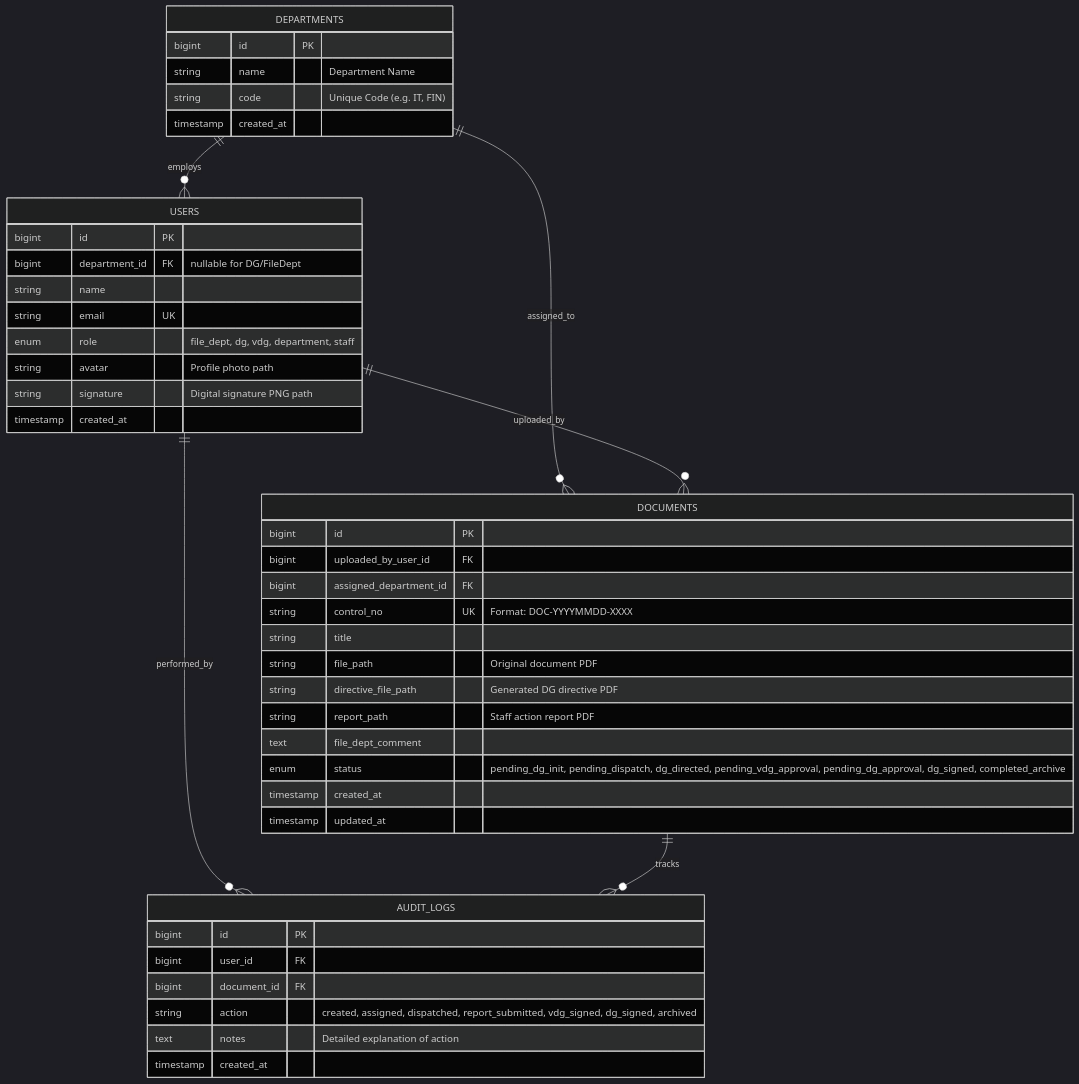
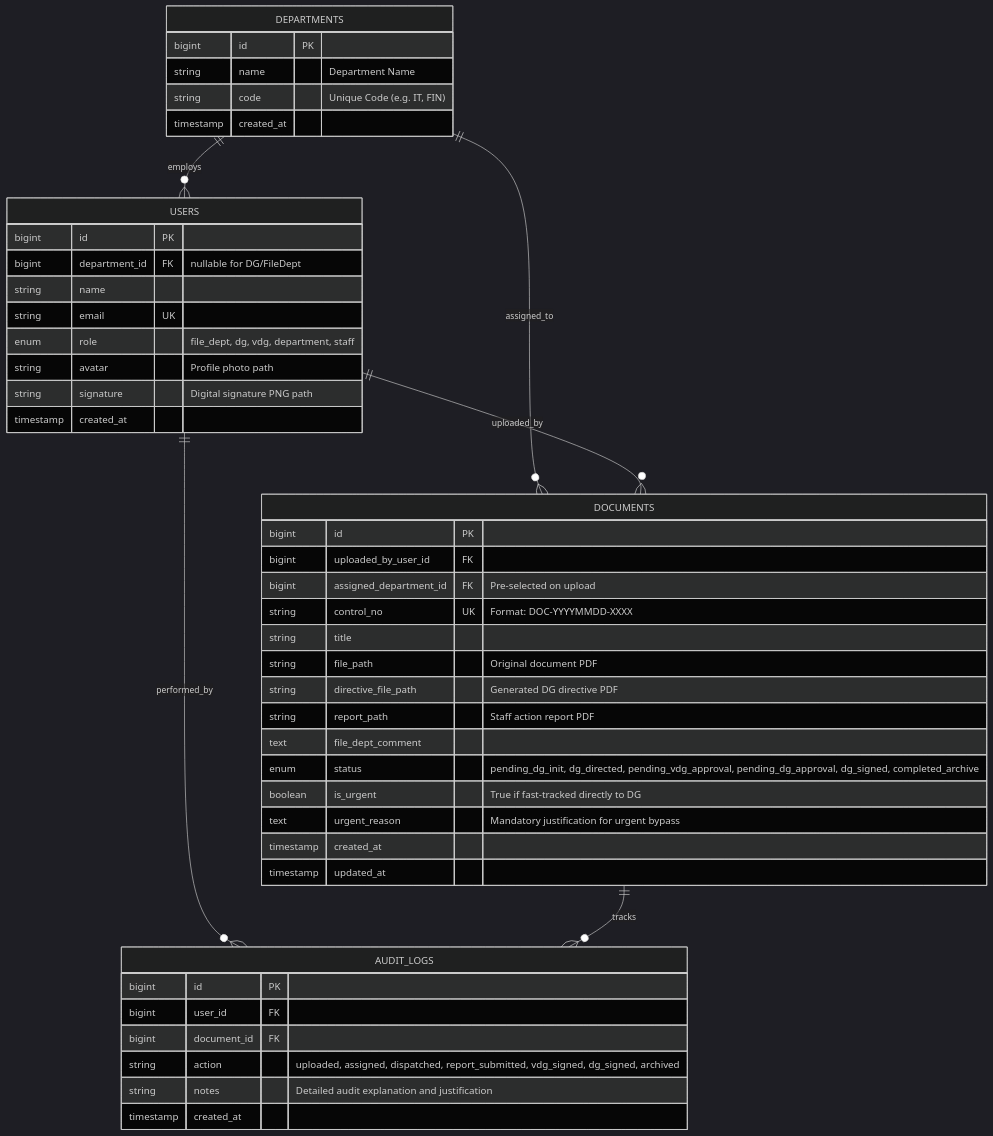
One commit to rotanapheakdey/doc-api changed the fourth of 4 diagrams in README.md. Above: the diagram before and after it, drawn with Mermaid (dark theme). The commit also changed other lines of this file and 8 other files, not shown here.

````diff
--- a/README.md
+++ b/README.md
@@ -144,50 +143,52 @@
 ```mermaid
 erDiagram
     DEPARTMENTS ||--o{ USERS : "employs"
     DEPARTMENTS ||--o{ DOCUMENTS : "assigned_to"
     USERS ||--o{ DOCUMENTS : "uploaded_by"
     USERS ||--o{ AUDIT_LOGS : "performed_by"
     DOCUMENTS ||--o{ AUDIT_LOGS : "tracks"
 
     DEPARTMENTS {
         bigint id PK
         string name "Department Name"
         string code "Unique Code (e.g. IT, FIN)"
         timestamp created_at
     }
 
     USERS {
         bigint id PK
         bigint department_id FK "nullable for DG/FileDept"
         string name
         string email UK
         enum role "file_dept, dg, vdg, department, staff"
         string avatar "Profile photo path"
         string signature "Digital signature PNG path"
         timestamp created_at
     }
 
     DOCUMENTS {
         bigint id PK
         bigint uploaded_by_user_id FK
-        bigint assigned_department_id FK
+        bigint assigned_department_id FK "Pre-selected on upload"
         string control_no UK "Format: DOC-YYYYMMDD-XXXX"
         string title
         string file_path "Original document PDF"
         string directive_file_path "Generated DG directive PDF"
         string report_path "Staff action report PDF"
         text file_dept_comment
-        enum status "pending_dg_init, pending_dispatch, dg_directed, pending_vdg_approval, pending_dg_approval, dg_signed, completed_archive"
+        enum status "pending_dg_init, dg_directed, pending_vdg_approval, pending_dg_approval, dg_signed, completed_archive"
+        boolean is_urgent "True if fast-tracked directly to DG"
+        text urgent_reason "Mandatory justification for urgent bypass"
         timestamp created_at
         timestamp updated_at
     }
 
     AUDIT_LOGS {
         bigint id PK
         bigint user_id FK
         bigint document_id FK
-        string action "created, assigned, dispatched, report_submitted, vdg_signed, dg_signed, archived"
-        text notes "Detailed explanation of action"
+        string action "uploaded, assigned, dispatched, report_submitted, vdg_signed, dg_signed, archived"
+        string notes "Detailed audit explanation and justification"
         timestamp created_at
     }
 ```
````
